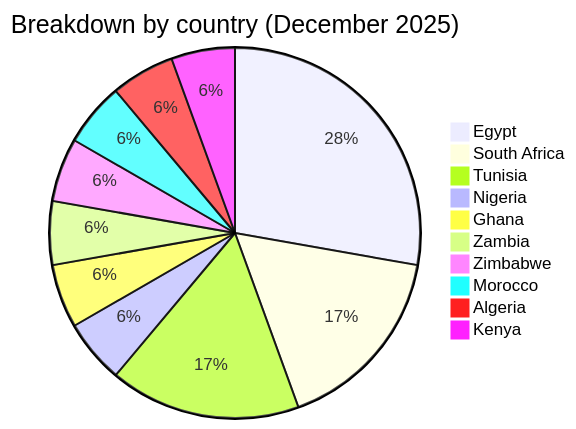
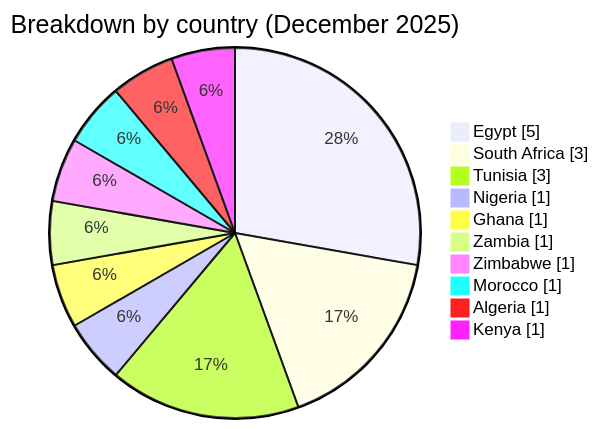
The second of 5 diagrams in CyberAttackAfrica/2025/12-december/README.md (Hatchepsoute/AFRINTEL), drawn with Mermaid before and after one commit. The commit also changed other lines of this file and 182 other files, not shown here.

````diff
--- a/CyberAttackAfrica/2025/12-december/README.md
+++ b/CyberAttackAfrica/2025/12-december/README.md
@@ -97,13 +100,14 @@
 ```mermaid
-pie title Breakdown by country (December 2025)
+pie showData
+    title Breakdown by country (December 2025)
     "Egypt" : 5
     "South Africa" : 3
     "Tunisia" : 3
     "Nigeria" : 1
     "Ghana" : 1
     "Zambia" : 1
     "Zimbabwe" : 1
     "Morocco" : 1
     "Algeria" : 1
     "Kenya" : 1
 ```
````
